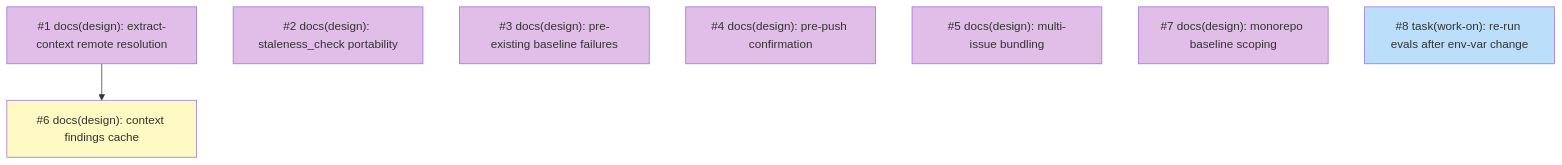
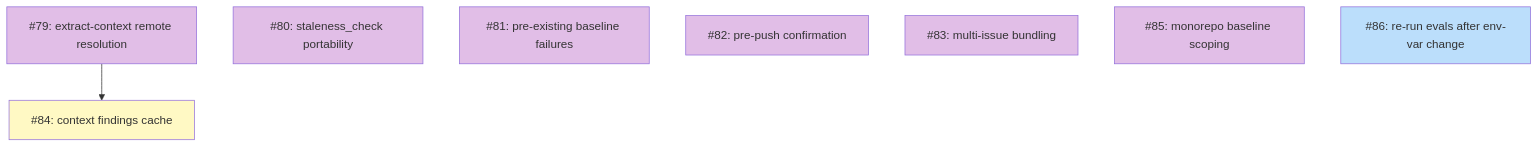
Before and after one commit to tsukumogami/shirabe: the diagram in docs/plans/PLAN-work-on-friction-fixes.md, drawn with Mermaid. The commit also changed other lines of this file and 8 other files, not shown here.

````diff
--- a/docs/plans/PLAN-work-on-friction-fixes.md
+++ b/docs/plans/PLAN-work-on-friction-fixes.md
@@ -87,27 +81,27 @@
 ```mermaid
 graph TD
-  I1["#1 docs(design): extract-context remote resolution"]
-  I2["#2 docs(design): staleness_check portability"]
-  I3["#3 docs(design): pre-existing baseline failures"]
-  I4["#4 docs(design): pre-push confirmation"]
-  I5["#5 docs(design): multi-issue bundling"]
-  I6["#6 docs(design): context findings cache"]
-  I7["#7 docs(design): monorepo baseline scoping"]
-  I8["#8 task(work-on): re-run evals after env-var change"]
+  I79["#79: extract-context remote resolution"]
+  I80["#80: staleness_check portability"]
+  I81["#81: pre-existing baseline failures"]
+  I82["#82: pre-push confirmation"]
+  I83["#83: multi-issue bundling"]
+  I84["#84: context findings cache"]
+  I85["#85: monorepo baseline scoping"]
+  I86["#86: re-run evals after env-var change"]
 
-  I1 --> I6
+  I79 --> I84
 
   classDef done fill:#c8e6c9
   classDef ready fill:#bbdefb
   classDef blocked fill:#fff9c4
   classDef needsDesign fill:#e1bee7
   classDef needsPrd fill:#b3e5fc
   classDef needsSpike fill:#ffcdd2
   classDef needsDecision fill:#d1c4e9
   classDef tracksDesign fill:#FFE0B2,stroke:#F57C00,color:#000
   classDef tracksPlan fill:#FFE0B2,stroke:#F57C00,color:#000
 
-  class I1,I2,I3,I4,I5,I7 needsDesign
-  class I6 blocked
-  class I8 ready
+  class I79,I80,I81,I82,I83,I85 needsDesign
+  class I84 blocked
+  class I86 ready
 ```
````
